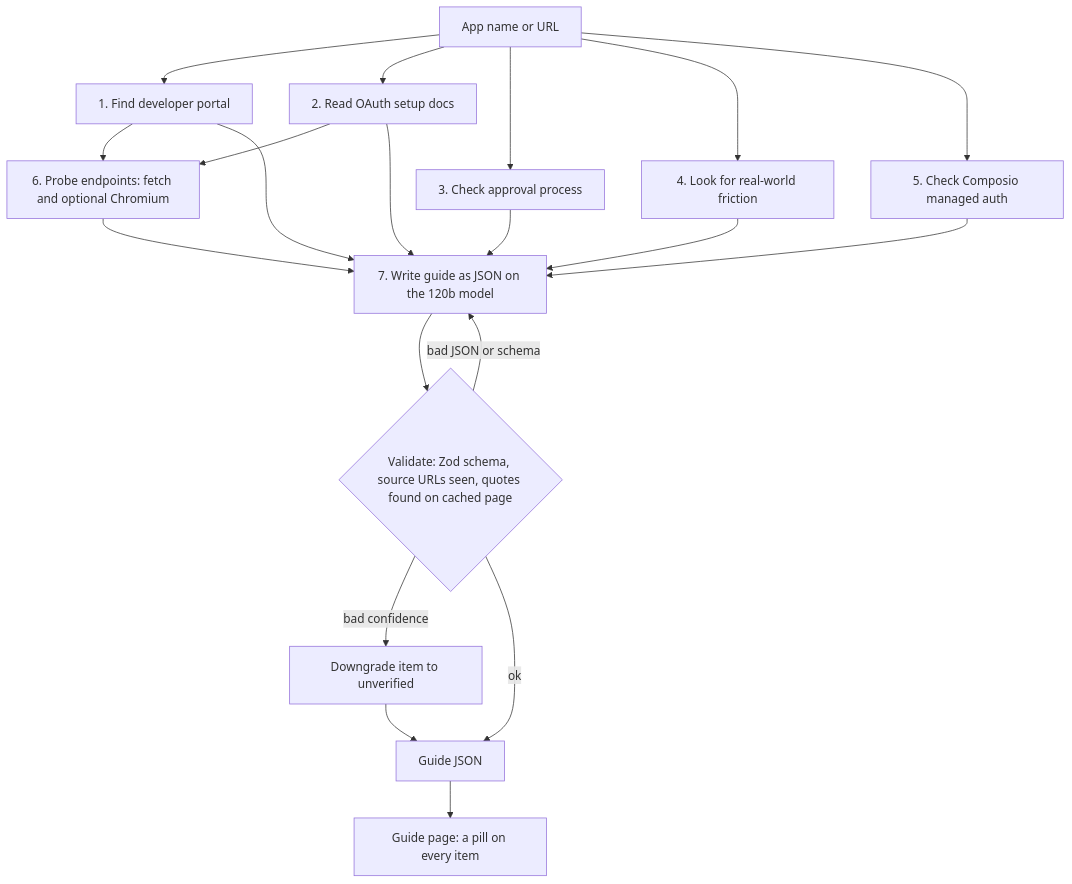
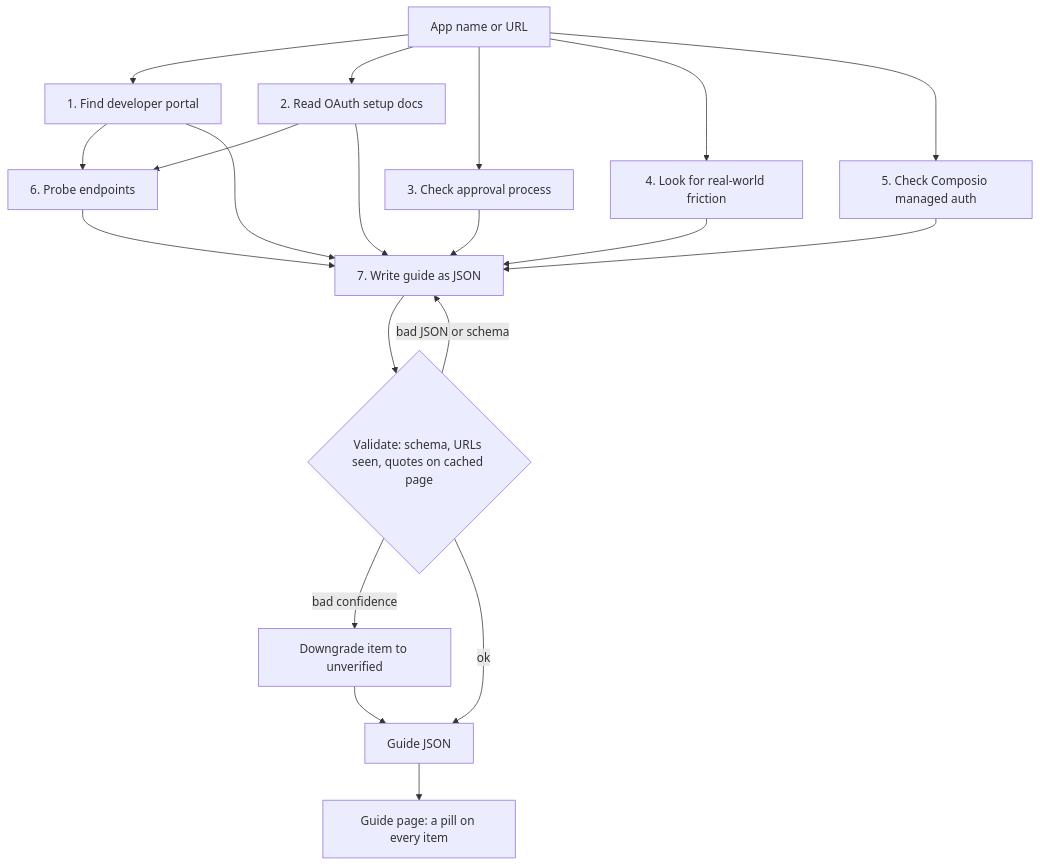
The diagram in README.md (syedpalvisha-oss/oauth-setup-navigator), drawn with Mermaid before and after one commit. The commit also changed other lines of this file, not shown here.

````diff
--- a/README.md
+++ b/README.md
@@ -21,22 +23,22 @@
 ```mermaid
 flowchart TD
     Q[App name or URL] --> S1[1. Find developer portal]
     Q --> S2[2. Read OAuth setup docs]
     Q --> S3[3. Check approval process]
     Q --> S4[4. Look for real-world friction]
     Q --> S5[5. Check Composio managed auth]
-    S1 --> S6[6. Probe endpoints: fetch and optional Chromium]
+    S1 --> S6[6. Probe endpoints]
     S2 --> S6
     S1 --> S7
     S2 --> S7
     S3 --> S7
     S4 --> S7
     S5 --> S7
-    S6 --> S7[7. Write guide as JSON on the 120b model]
-    S7 --> V{Validate: Zod schema, source URLs seen, quotes found on cached page}
+    S6 --> S7[7. Write guide as JSON]
+    S7 --> V{Validate: schema, URLs seen, quotes on cached page}
     V -->|bad JSON or schema| S7
     V -->|bad confidence| D[Downgrade item to unverified]
     V -->|ok| G[Guide JSON]
     D --> G
     G --> UI[Guide page: a pill on every item]
 ```
````
